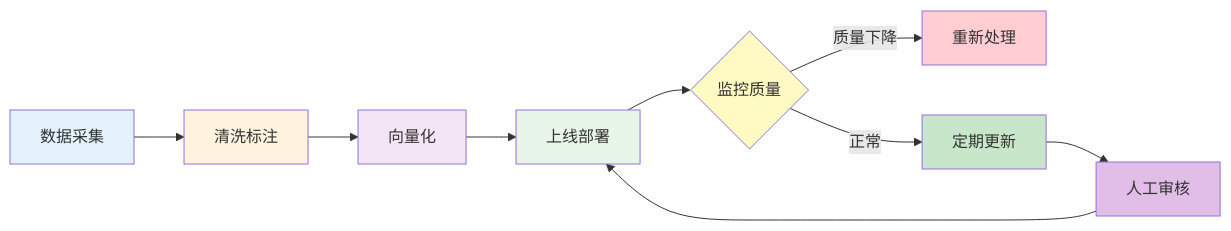
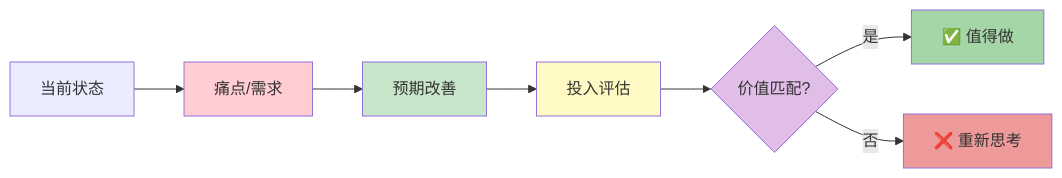
One commit to leahana/leahana.github.io changed the fourth of 4 diagrams in source/_posts/mindset/2025-04-24-5w1h-ai-knowledge-base-methodology.md. Above: the diagram before and after it, drawn with Mermaid. The commit also changed other lines of this file and 2 other files, not shown here.

````diff
--- a/source/_posts/mindset/2025-04-24-5w1h-ai-knowledge-base-methodology.md
+++ b/source/_posts/mindset/2025-04-24-5w1h-ai-knowledge-base-methodology.md
@@ -235,20 +172,16 @@
 ```mermaid
 graph LR
-    A[数据采集] --> B[清洗标注]
-    B --> C[向量化]
-    C --> D[上线部署]
-    D --> E{监控质量}
-    E -->|质量下降| F[重新处理]
-    E -->|正常| G[定期更新]
-    G --> H[人工审核]
-    H --> D
+    A[当前状态] --> B[痛点/需求]
+    B --> C[预期改善]
+    C --> D[投入评估]
+    D --> E{价值匹配?}
+    E -->|是| F[✅ 值得做]
+    E -->|否| G[❌ 重新思考]
 
-    style A fill:#e3f2fd
-    style B fill:#fff3e0
-    style C fill:#f3e5f5
-    style D fill:#e8f5e9
-    style E fill:#fff9c4
-    style F fill:#ffcdd2
-    style G fill:#c8e6c9
-    style H fill:#e1bee7
+    style B fill:#ffcdd2
+    style C fill:#c8e6c9
+    style D fill:#fff9c4
+    style E fill:#e1bee7
+    style F fill:#a5d6a7
+    style G fill:#ef9a9a
 ```
````
